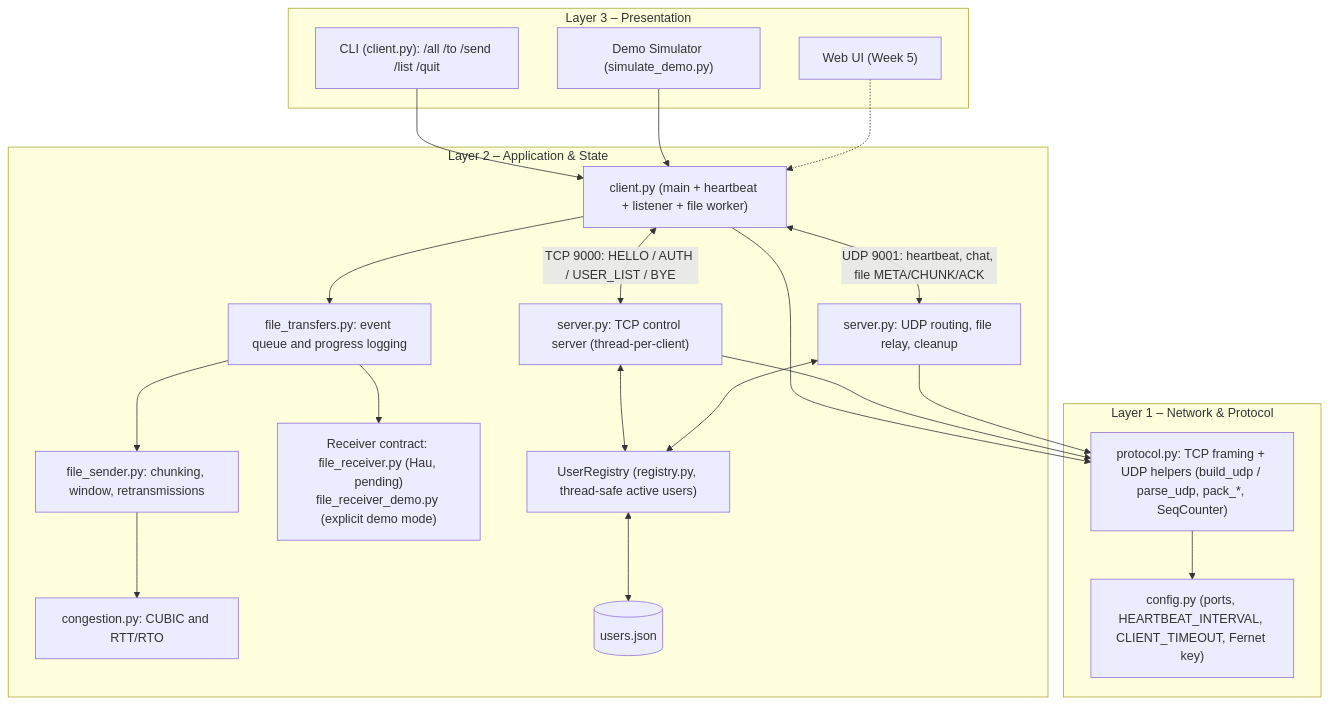
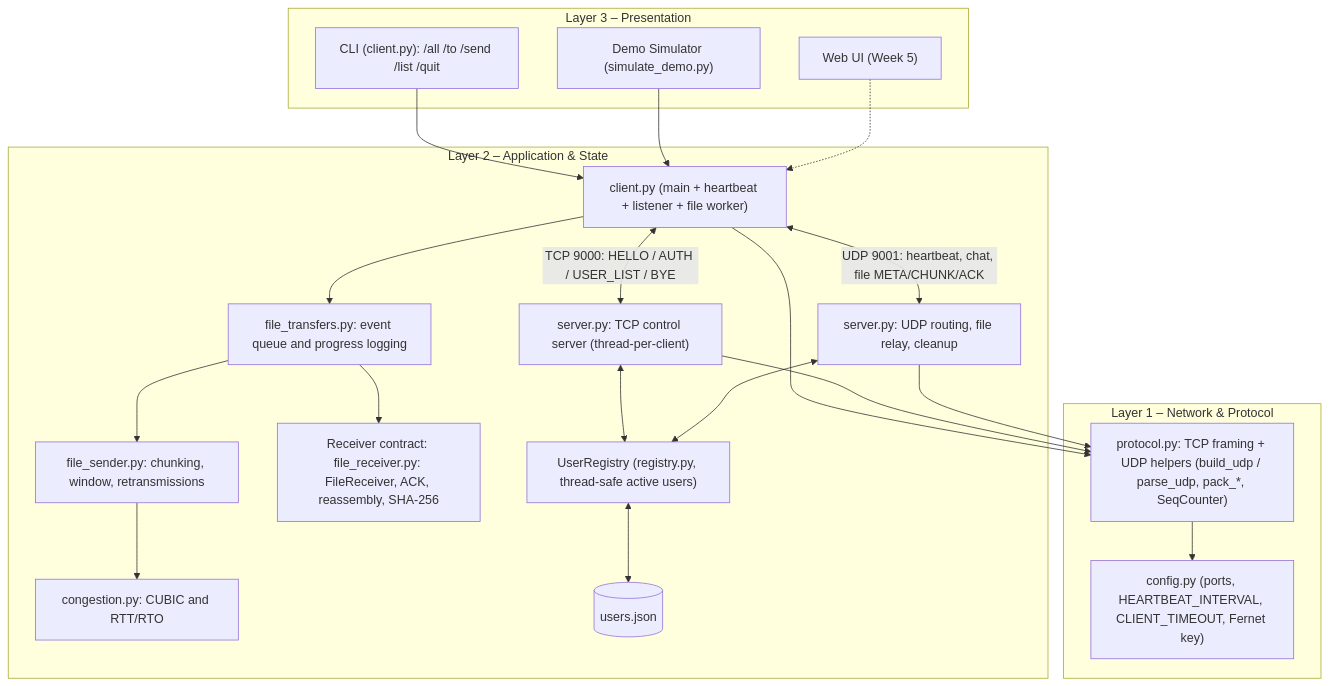
One commit to Smokiestfox/networking-app-assignment changed the first of 5 diagrams in docs/architecture.md. Above: the diagram before and after it, drawn with Mermaid. The commit also changed other lines of this file and 10 other files, not shown here.

````diff
--- a/docs/architecture.md
+++ b/docs/architecture.md
@@ -13,42 +13,42 @@
 ```mermaid
 graph TD
     subgraph L3["Layer 3 – Presentation"]
         CLI["CLI (client.py): /all /to /send /list /quit"]
         SIM["Demo Simulator (simulate_demo.py)"]
         UI["Web UI (Week 5)"]
     end
 
     subgraph L2["Layer 2 – Application & State"]
         CLIENT["client.py (main + heartbeat + listener + file worker)"]
         FILES["file_transfers.py: event queue and progress logging"]
         SENDER["file_sender.py: chunking, window, retransmissions"]
-        RECEIVER["Receiver contract: file_receiver.py (Hau, pending)<br/>file_receiver_demo.py (explicit demo mode)"]
+        RECEIVER["Receiver contract: file_receiver.py: FileReceiver, ACK, reassembly, SHA-256 "]
         CC["congestion.py: CUBIC and RTT/RTO"]
         SERVER["server.py: TCP control server (thread-per-client)"]
         UDPENG["server.py: UDP routing, file relay, cleanup"]
         REG["UserRegistry (registry.py, thread-safe active users)"]
         AUTH_DB[("users.json")]
     end
 
     subgraph L1["Layer 1 – Network & Protocol"]
         PROTO["protocol.py: TCP framing + UDP helpers (build_udp / parse_udp, pack_*, SeqCounter)"]
         CFG["config.py (ports, HEARTBEAT_INTERVAL, CLIENT_TIMEOUT, Fernet key)"]
     end
 
     CLI --> CLIENT
     SIM --> CLIENT
     UI -.-> CLIENT
     CLIENT <-->|"TCP 9000: HELLO / AUTH / USER_LIST / BYE"| SERVER
     CLIENT <-->|"UDP 9001: heartbeat, chat, file META/CHUNK/ACK"| UDPENG
     CLIENT --> FILES
     FILES --> SENDER
     FILES --> RECEIVER
     SENDER --> CC
     SERVER <--> REG
     UDPENG <--> REG
     REG <--> AUTH_DB
     CLIENT --> PROTO
     SERVER --> PROTO
     UDPENG --> PROTO
     PROTO --> CFG
 ```
````
